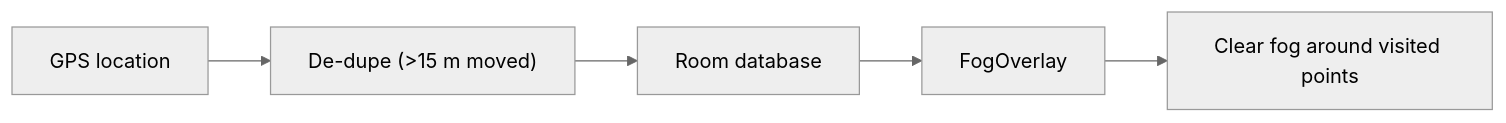
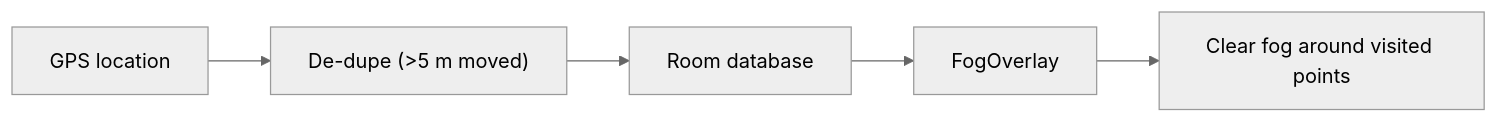
One commit to lerdeljan17/fogwalk changed the diagram in README.md. Above: the diagram before and after it, drawn with Mermaid (neutral theme). The commit also changed other lines of this file and 14 other files, not shown here.

````diff
--- a/README.md
+++ b/README.md
@@ -38,7 +38,7 @@
 ```mermaid
 flowchart LR
-  gps["GPS location"] --> dedupe["De-dupe (>15 m moved)"]
+  gps["GPS location"] --> dedupe["De-dupe (>5 m moved)"]
   dedupe --> db["Room database"]
   db --> overlay["FogOverlay"]
   overlay --> reveal["Clear fog around visited points"]
 ```
````
